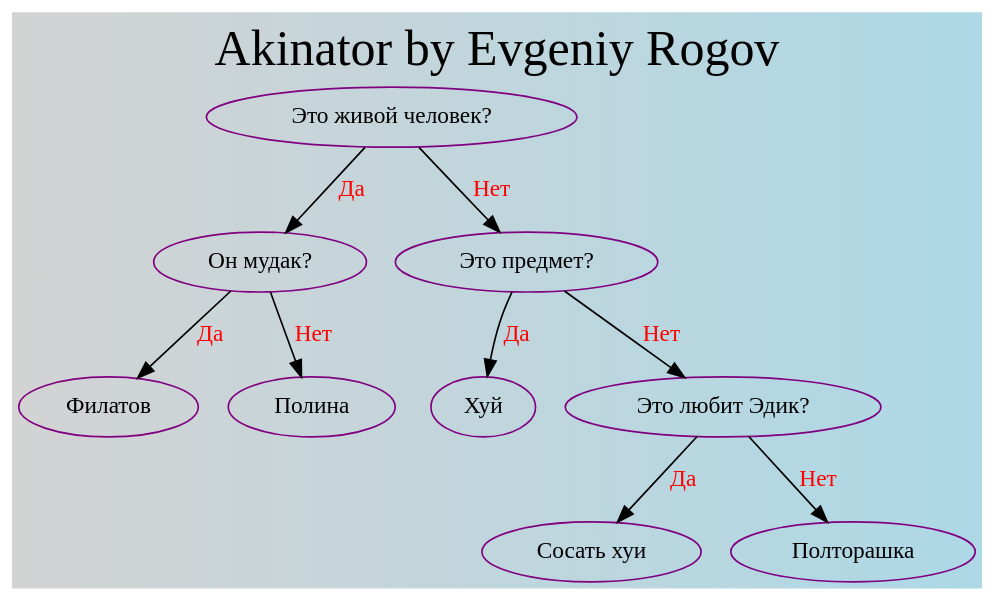
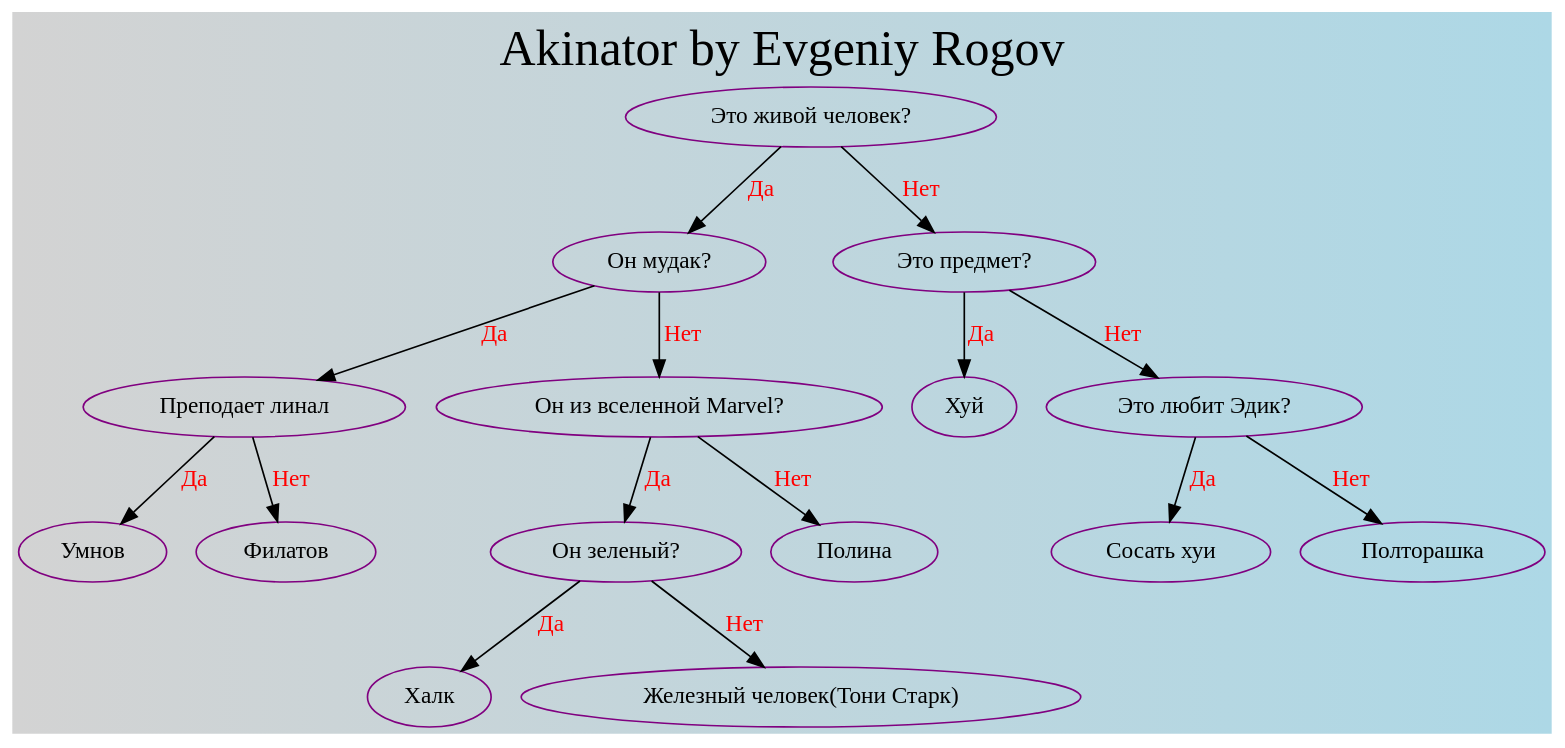
Before and after one commit to EvGeniy0505/Akinator: the diagram in output/akinator.dot, drawn with Graphviz. The commit also changed 8 other files, not shown here.

```diff
--- a/output/akinator.dot
+++ b/output/akinator.dot
@@ -1,24 +1,36 @@
 digraph TREE1 {
 	bgcolor = "lightgrey:lightblue";
 	label="Akinator by Evgeniy Rogov";
 	fontsize=30;
 	fontname="Times-Roman";
 	labelloc="t";
 	node0x603000000040[color=purple, label=" Это живой человек?"]
 	node0x603000000040 -> node0x6030000000a0[label="Да", fontcolor="red"];
 	node0x6030000000a0[color=purple, label=" Он мудак?"]
-	node0x6030000000a0 -> node0x6030000000d0[label="Да", fontcolor="red"];
-	node0x6030000000d0[color=purple, label=" Филатов"]
-	node0x6030000000a0 -> node0x603000000100[label="Нет", fontcolor="red"];
-	node0x603000000100[color=purple, label=" Полина"]
-	node0x603000000040 -> node0x603000000160[label="Нет", fontcolor="red"];
-	node0x603000000160[color=purple, label=" Это предмет?"]
-	node0x603000000160 -> node0x603000000190[label="Да", fontcolor="red"];
-	node0x603000000190[color=purple, label=" Хуй"]
-	node0x603000000160 -> node0x6030000001f0[label="Нет", fontcolor="red"];
-	node0x6030000001f0[color=purple, label=" Это любит Эдик?"]
-	node0x6030000001f0 -> node0x603000000250[label="Да", fontcolor="red"];
-	node0x603000000250[color=purple, label=" Сосать хуи"]
-	node0x6030000001f0 -> node0x6030000002b0[label="Нет", fontcolor="red"];
-	node0x6030000002b0[color=purple, label=" Полторашка"]
+	node0x6030000000a0 -> node0x603000000100[label="Да", fontcolor="red"];
+	node0x603000000100[color=purple, label=" Преподает линал"]
+	node0x603000000100 -> node0x603000000130[label="Да", fontcolor="red"];
+	node0x603000000130[color=purple, label=" Умнов"]
+	node0x603000000100 -> node0x603000000160[label="Нет", fontcolor="red"];
+	node0x603000000160[color=purple, label=" Филатов"]
+	node0x6030000000a0 -> node0x603000000190[label="Нет", fontcolor="red"];
+	node0x603000000190[color=purple, label=" Он из вселенной Marvel?"]
+	node0x603000000190 -> node0x6030000001c0[label="Да", fontcolor="red"];
+	node0x6030000001c0[color=purple, label=" Он зеленый?"]
+	node0x6030000001c0 -> node0x603000000400[label="Да", fontcolor="red"];
+	node0x603000000400[color=purple, label=" Халк"]
+	node0x6030000001c0 -> node0x6030000003d0[label="Нет", fontcolor="red"];
+	node0x6030000003d0[color=purple, label=" Железный человек(Тони Старк)"]
+	node0x603000000190 -> node0x6030000001f0[label="Нет", fontcolor="red"];
+	node0x6030000001f0[color=purple, label=" Полина"]
+	node0x603000000040 -> node0x603000000250[label="Нет", fontcolor="red"];
+	node0x603000000250[color=purple, label=" Это предмет?"]
+	node0x603000000250 -> node0x603000000280[label="Да", fontcolor="red"];
+	node0x603000000280[color=purple, label=" Хуй"]
+	node0x603000000250 -> node0x6030000002e0[label="Нет", fontcolor="red"];
+	node0x6030000002e0[color=purple, label=" Это любит Эдик?"]
+	node0x6030000002e0 -> node0x603000000340[label="Да", fontcolor="red"];
+	node0x603000000340[color=purple, label=" Сосать хуи"]
+	node0x6030000002e0 -> node0x6030000003a0[label="Нет", fontcolor="red"];
+	node0x6030000003a0[color=purple, label=" Полторашка"]
 }
```
